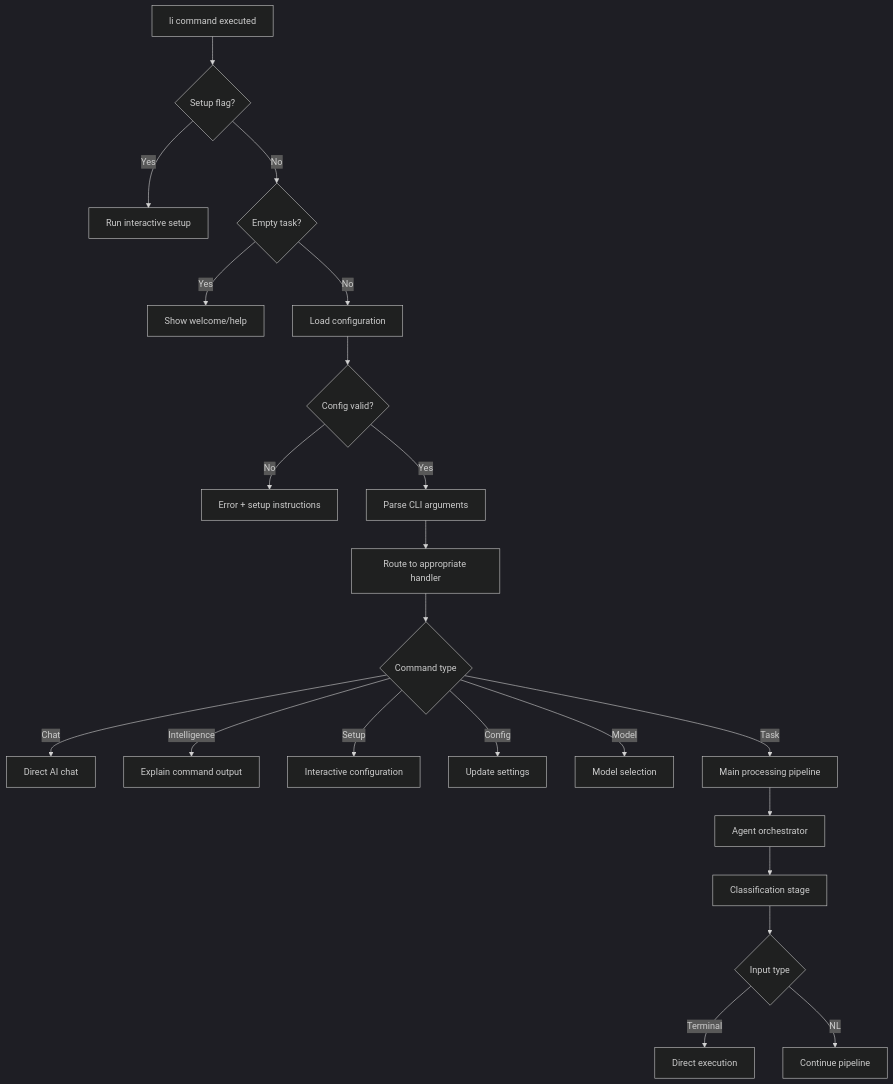
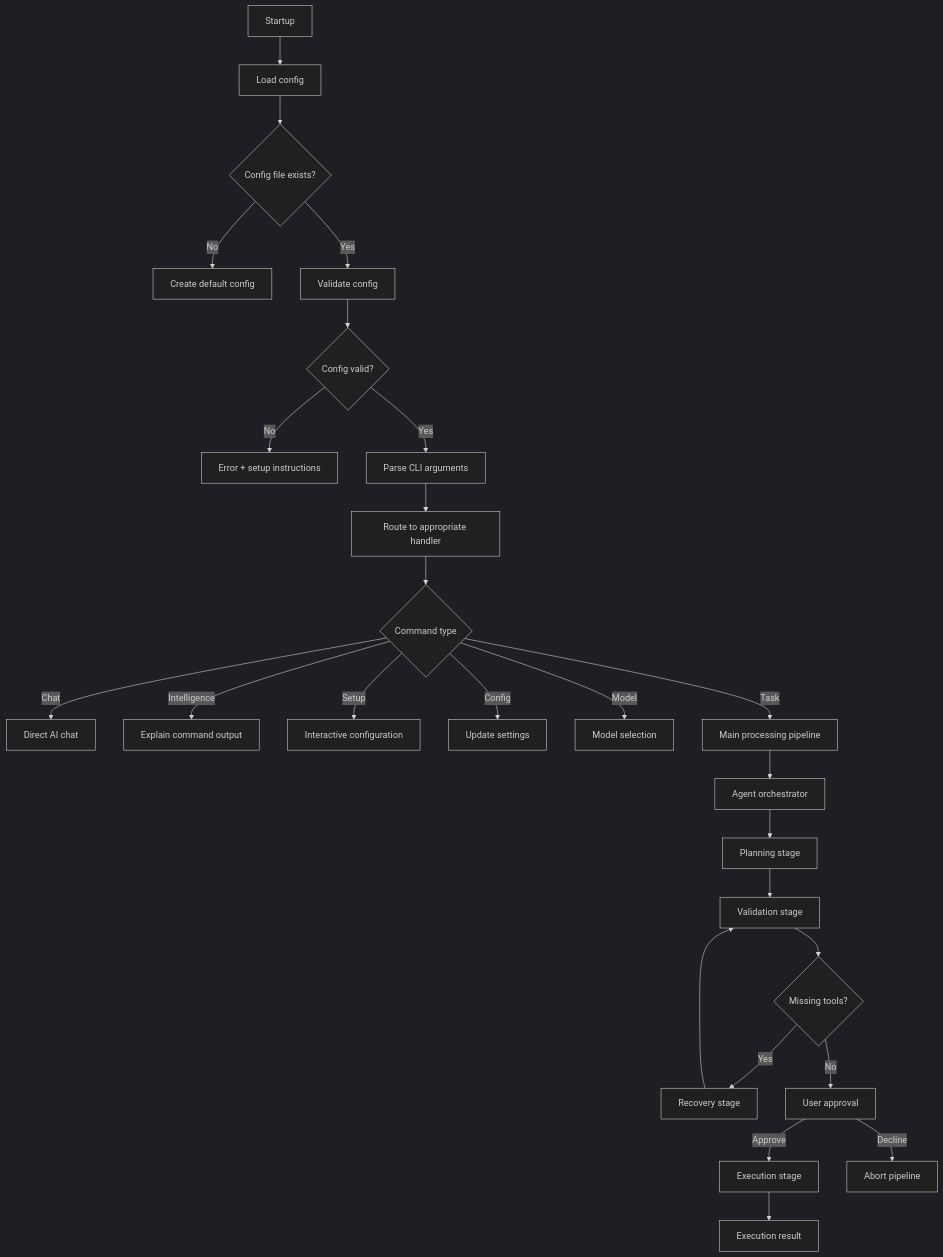
The fourth of 5 diagrams in documentation/architecture-overview.md (bitrifttech/li), drawn with Mermaid (dark theme) before and after one commit. The commit also changed other lines of this file and 19 other files, not shown here.

````diff
--- a/documentation/architecture-overview.md
+++ b/documentation/architecture-overview.md
@@ -373,26 +286,30 @@
 ```mermaid
-flowchart TD
-    A[li command executed] --> B{Setup flag?}
-    B -- Yes --> C[Run interactive setup]
-    B -- No --> D{Empty task?}
-    D -- Yes --> E[Show welcome/help]
-    D -- No --> F[Load configuration]
-    F --> G{Config valid?}
-    G -- No --> H[Error + setup instructions]
-    G -- Yes --> I[Parse CLI arguments]
-    I --> J[Route to appropriate handler]
-    
-    J --> K{Command type}
-    K -- Chat --> L[Direct AI chat]
-    K -- Intelligence --> M[Explain command output]
-    K -- Setup --> N[Interactive configuration]
-    K -- Config --> O[Update settings]
-    K -- Model --> P[Model selection]
-    K -- Task --> Q[Main processing pipeline]
-    
-    Q --> R[Agent orchestrator]
-    R --> S[Classification stage]
-    S --> T{Input type}
-    T -- Terminal --> U[Direct execution]
-    T -- NL --> V[Continue pipeline]
+graph TD
+    A[Startup] --> B[Load config]
+    B --> C{Config file exists?}
+    C -- No --> D[Create default config]
+    C -- Yes --> E[Validate config]
+    E --> F{Config valid?}
+    F -- No --> G[Error + setup instructions]
+    F -- Yes --> H[Parse CLI arguments]
+    H --> I[Route to appropriate handler]
+
+    I --> J{Command type}
+    J -- Chat --> K[Direct AI chat]
+    J -- Intelligence --> L[Explain command output]
+    J -- Setup --> M[Interactive configuration]
+    J -- Config --> N[Update settings]
+    J -- Model --> O[Model selection]
+    J -- Task --> P[Main processing pipeline]
+
+    P --> Q[Agent orchestrator]
+    Q --> R[Planning stage]
+    R --> S[Validation stage]
+    S --> T{Missing tools?}
+    T -- Yes --> U[Recovery stage]
+    T -- No --> V[User approval]
+    U --> S
+    V -- Approve --> W[Execution stage]
+    V -- Decline --> X[Abort pipeline]
+    W --> Y[Execution result]
 ```
````
